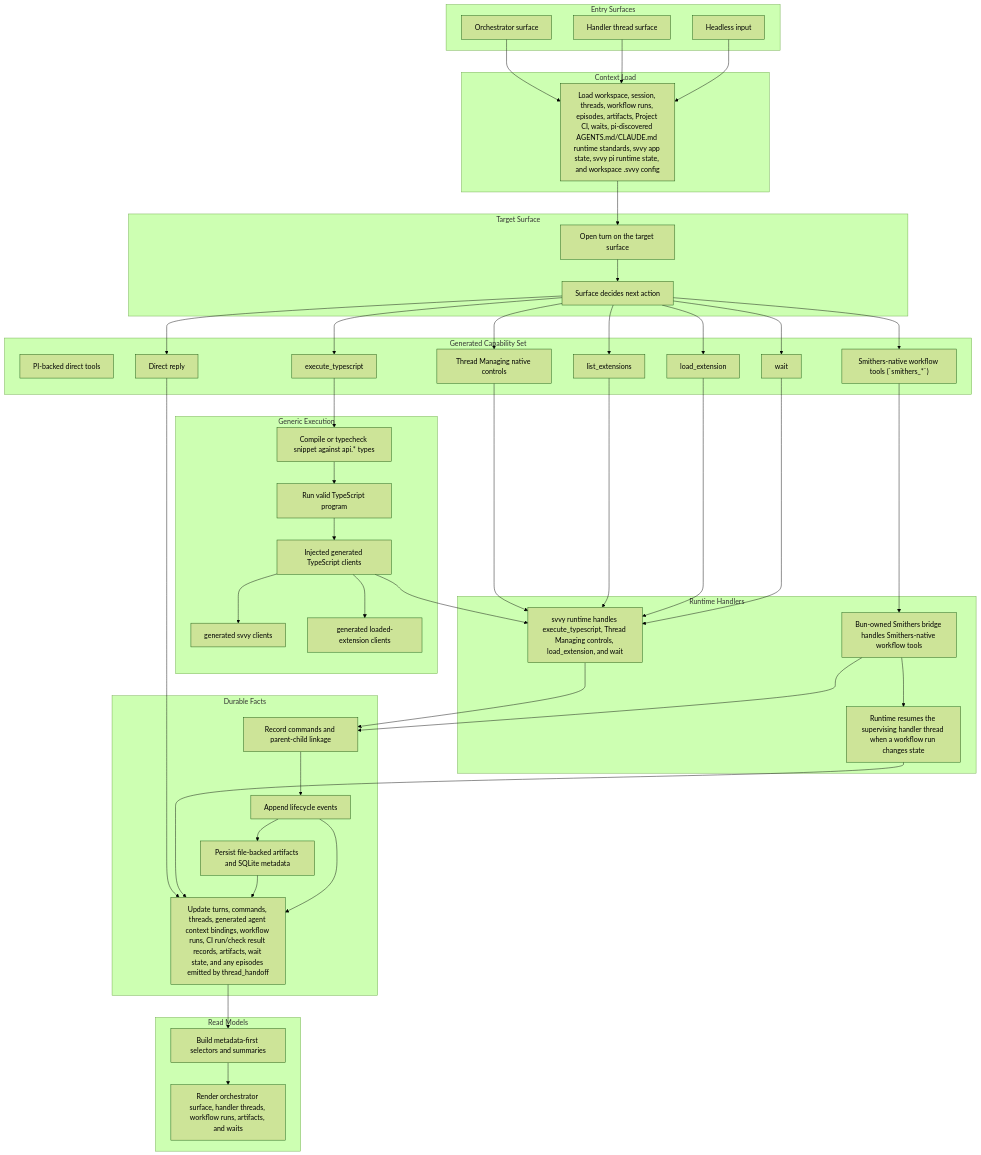
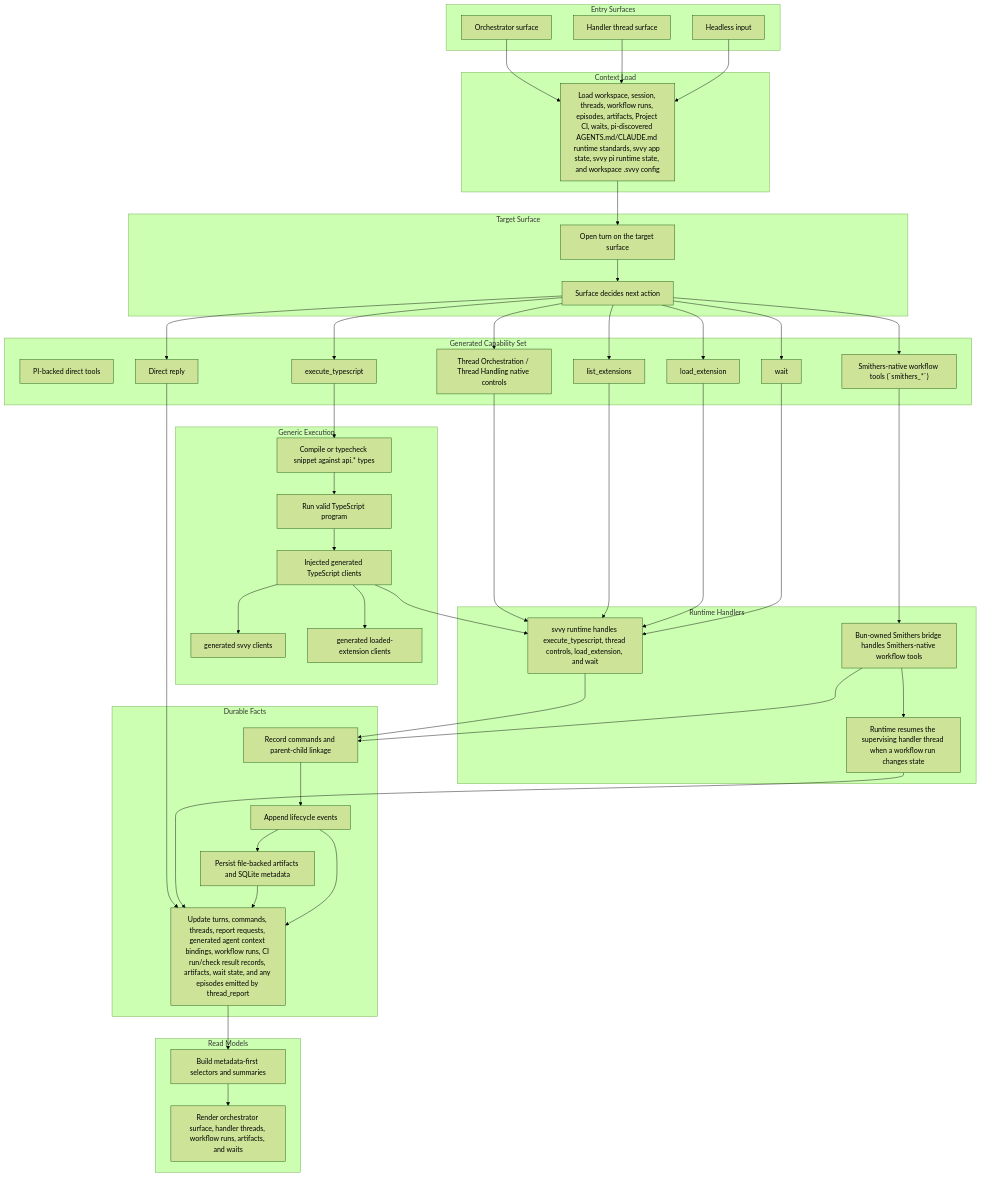
Before and after one commit to 0xpolarzero/hellm: the diagram in docs/execution-model.md, drawn with Mermaid (forest theme). The commit also changed other lines of this file and 16 other files, not shown here.

```diff
--- a/docs/execution-model.md
+++ b/docs/execution-model.md
@@ -47,7 +47,7 @@
     subgraph Tools["Generated Capability Set"]
         DirectTools["PI-backed direct tools"]
         Generic["execute_typescript"]
-        ThreadManaging["Thread Managing native controls"]
+        ThreadControls["Thread Orchestration / Thread Handling native controls"]
         ListExtensions["list_extensions"]
         LoadExtension["load_extension"]
         SmithersTools["Smithers-native workflow tools (`smithers_*`)"]
@@ -64,7 +64,7 @@
     end
 
     subgraph Runtime["Runtime Handlers"]
-        RuntimeHandler["svvy runtime handles execute_typescript, Thread Managing controls, load_extension, and wait"]
+        RuntimeHandler["svvy runtime handles execute_typescript, thread controls, load_extension, and wait"]
         SmithersBridge["Bun-owned Smithers bridge handles Smithers-native workflow tools"]
         ResumeHandler["Runtime resumes the supervising handler thread when a workflow run changes state"]
     end
@@ -73,7 +73,7 @@
         Commands["Record commands and parent-child linkage"]
         Events["Append lifecycle events"]
         Artifacts["Persist file-backed artifacts and SQLite metadata"]
-        State["Update turns, commands, threads, generated agent context bindings, workflow runs, CI run/check result records, artifacts, wait state, and any episodes emitted by thread_handoff"]
+        State["Update turns, commands, threads, report requests, generated agent context bindings, workflow runs, CI run/check result records, artifacts, wait state, and any episodes emitted by thread_report"]
     end
 
     subgraph ReadModels["Read Models"]
@@ -89,7 +89,7 @@
     OpenTurn --> Decide
 
     Decide --> Generic
-    Decide --> ThreadManaging
+    Decide --> ThreadControls
     Decide --> ListExtensions
     Decide --> LoadExtension
     Decide --> SmithersTools
@@ -103,7 +103,7 @@
     Api --> ApiExtensions
     Api --> RuntimeHandler
 
-    ThreadManaging --> RuntimeHandler
+    ThreadControls --> RuntimeHandler
     ListExtensions --> RuntimeHandler
     LoadExtension --> RuntimeHandler
     SmithersTools --> SmithersBridge
```
